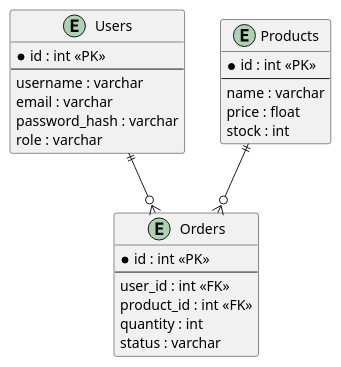
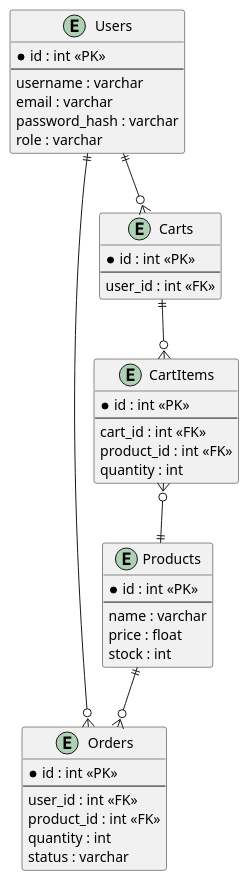
The diagram in Erd.puml (Quayyum-a/E-Commerce_python), drawn with PlantUML before and after one commit. The commit also changed 1 other file, not shown here.

```diff
--- a/Erd.puml
+++ b/Erd.puml
@@ -1,30 +1,47 @@
 @startuml
 entity "Users" {
   *id : int <<PK>>
   --
   username : varchar
   email : varchar
   password_hash : varchar
   role : varchar
 }
 
 entity "Products" {
   *id : int <<PK>>
   --
   name : varchar
   price : float
   stock : int
 }
 
 entity "Orders" {
   *id : int <<PK>>
   --
   user_id : int <<FK>>
   product_id : int <<FK>>
   quantity : int
   status : varchar
 }
 
+entity "Carts" {
+  *id : int <<PK>>
+  --
+  user_id : int <<FK>>
+}
+
+entity "CartItems" {
+  *id : int <<PK>>
+  --
+  cart_id : int <<FK>>
+  product_id : int <<FK>>
+  quantity : int
+}
+
 Users ||--o{ Orders
 Products ||--o{ Orders
+Users ||--o{ Carts
+Carts ||--o{ CartItems
+CartItems }o--|| Products
 @enduml
```
